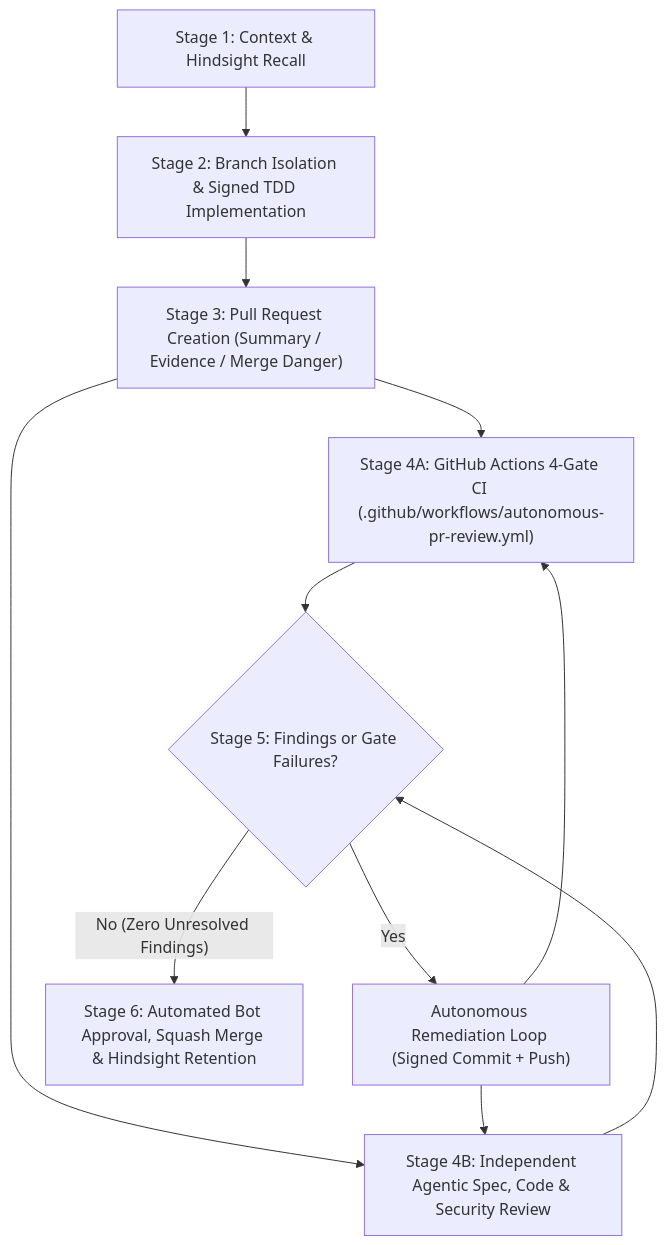
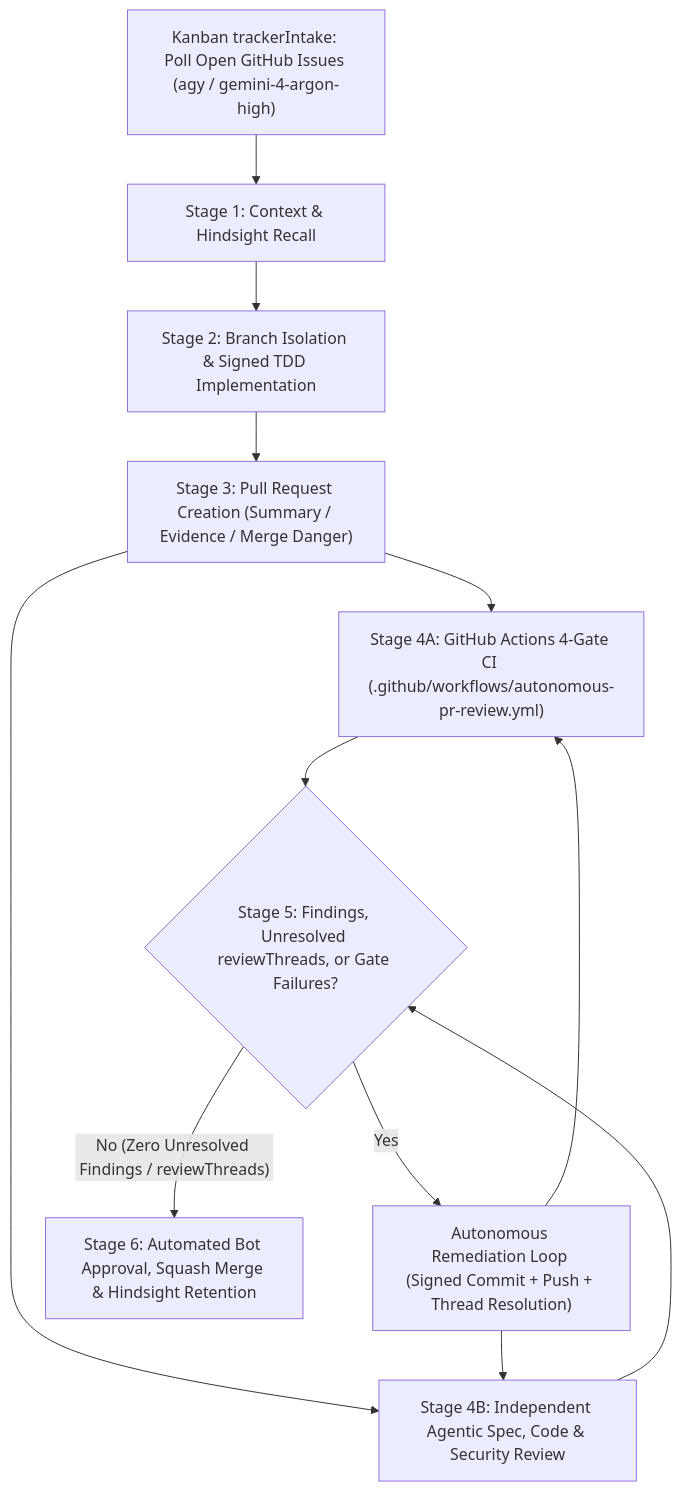
Before and after one commit to TinkeringDao/meshcomod: the diagram in docs/agents/autonomous-pipeline.md, drawn with Mermaid. The commit also changed other lines of this file and 2 other files, not shown here.

First line of the commit message:
fix(ci): enforce reviewThreads gate and parameterize Hindsight URL

````diff
--- a/docs/agents/autonomous-pipeline.md
+++ b/docs/agents/autonomous-pipeline.md
@@ -9,13 +11,14 @@
 ```mermaid
 flowchart TD
-    S1["Stage 1: Context & Hindsight Recall"] --> S2["Stage 2: Branch Isolation & Signed TDD Implementation"]
+    TI["Kanban trackerIntake: Poll Open GitHub Issues (agy / gemini-4-argon-high)"] --> S1["Stage 1: Context & Hindsight Recall"]
+    S1 --> S2["Stage 2: Branch Isolation & Signed TDD Implementation"]
     S2 --> S3["Stage 3: Pull Request Creation (Summary / Evidence / Merge Danger)"]
     S3 --> S4A["Stage 4A: GitHub Actions 4-Gate CI (.github/workflows/autonomous-pr-review.yml)"]
     S3 --> S4B["Stage 4B: Independent Agentic Spec, Code & Security Review"]
-    S4A --> S5{"Stage 5: Findings or Gate Failures?"}
+    S4A --> S5{"Stage 5: Findings, Unresolved reviewThreads, or Gate Failures?"}
     S4B --> S5
-    S5 -- "Yes" --> REM["Autonomous Remediation Loop (Signed Commit + Push)"]
+    S5 -- "Yes" --> REM["Autonomous Remediation Loop (Signed Commit + Push + Thread Resolution)"]
     REM --> S4A
     REM --> S4B
-    S5 -- "No (Zero Unresolved Findings)" --> S6["Stage 6: Automated Bot Approval, Squash Merge & Hindsight Retention"]
+    S5 -- "No (Zero Unresolved Findings / reviewThreads)" --> S6["Stage 6: Automated Bot Approval, Squash Merge & Hindsight Retention"]
 ```
````
